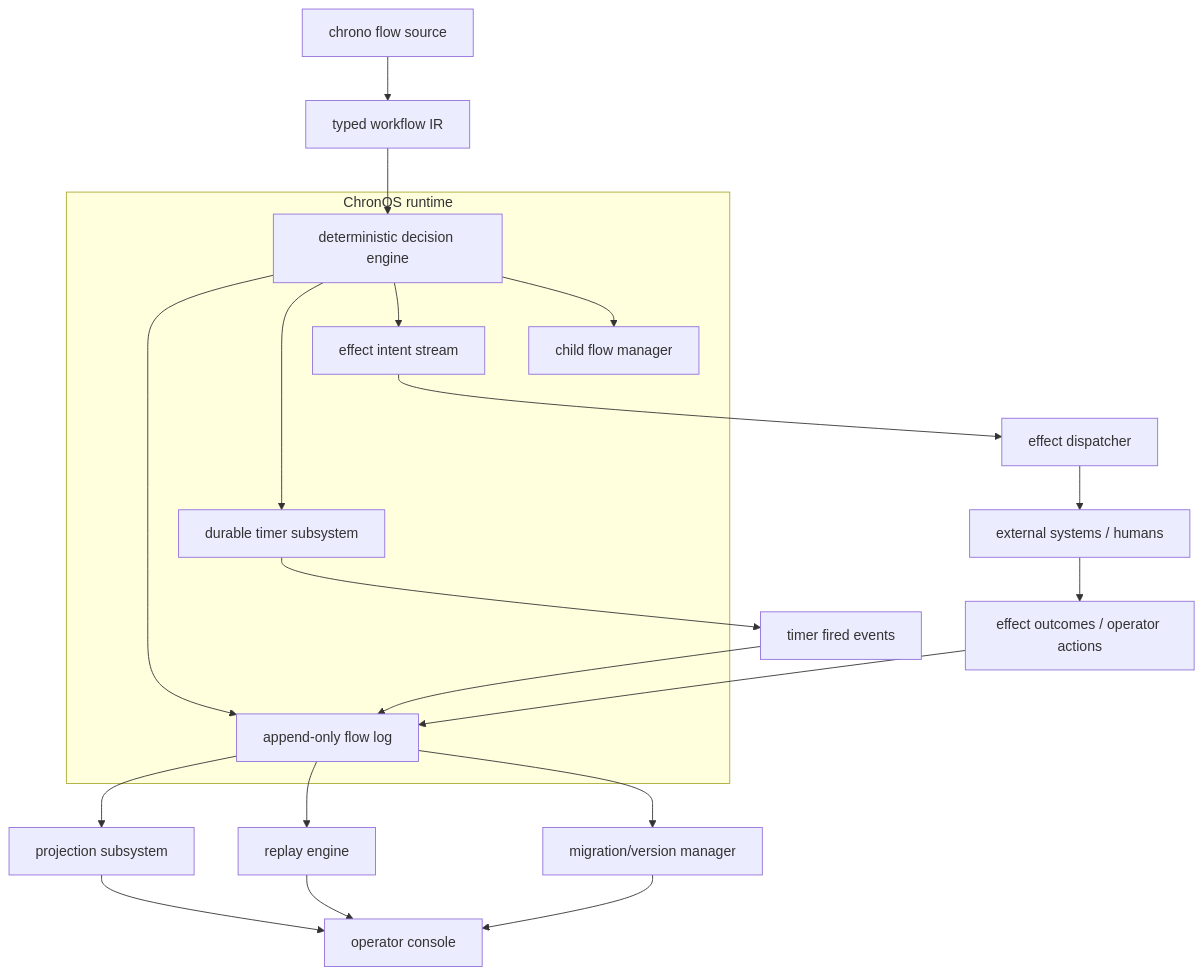
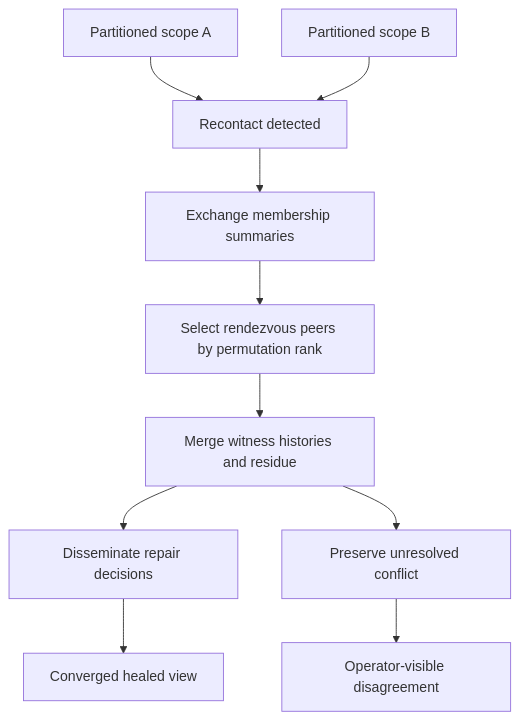
One commit to henry-filgueiras/schedspec changed the fourth of 7 diagrams in docs/DIAGRAMS.md. Above: the diagram before and after it, drawn with Mermaid. The commit also changed other lines of this file and 24 other files, not shown here.

````diff
--- a/docs/DIAGRAMS.md
+++ b/docs/DIAGRAMS.md
@@ -11,28 +58,12 @@
 ```mermaid
 flowchart TB
-    A["chrono flow source"] --> B["typed workflow IR"]
-    B --> C["deterministic decision engine"]
-
-    subgraph Runtime["ChronOS runtime"]
-        C --> D["append-only flow log"]
-        C --> E["durable timer subsystem"]
-        C --> F["effect intent stream"]
-        C --> G["child flow manager"]
-    end
-
-    D --> H["projection subsystem"]
-    D --> I["replay engine"]
-    D --> J["migration/version manager"]
-
-    F --> K["effect dispatcher"]
-    K --> L["external systems / humans"]
-    L --> M["effect outcomes / operator actions"]
-    M --> D
-
-    E --> N["timer fired events"]
-    N --> D
-
-    H --> O["operator console"]
-    I --> O
-    J --> O
+    A["Partitioned scope A"] --> C["Recontact detected"]
+    B["Partitioned scope B"] --> C
+    C --> D["Exchange membership summaries"]
+    D --> E["Select rendezvous peers by permutation rank"]
+    E --> F["Merge witness histories and residue"]
+    F --> G["Disseminate repair decisions"]
+    F --> H["Preserve unresolved conflict"]
+    G --> I["Converged healed view"]
+    H --> J["Operator-visible disagreement"]
 ```
````
